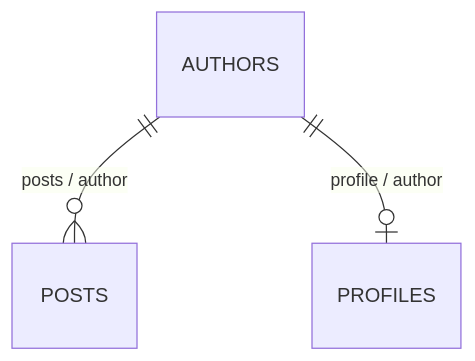
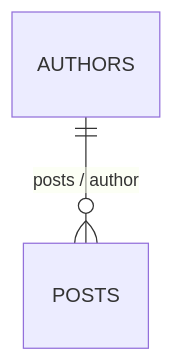
The diagram in docs/reference/relations.md (silo-ai/silo), drawn with Mermaid before and after one commit. The commit also changed other lines of this file, not shown here.

````diff
--- a/docs/reference/relations.md
+++ b/docs/reference/relations.md
@@ -27,5 +27,4 @@
 ```mermaid
 erDiagram
   AUTHORS ||--o{ POSTS : "posts / author"
-  AUTHORS ||--o| PROFILES : "profile / author"
 ```
````
